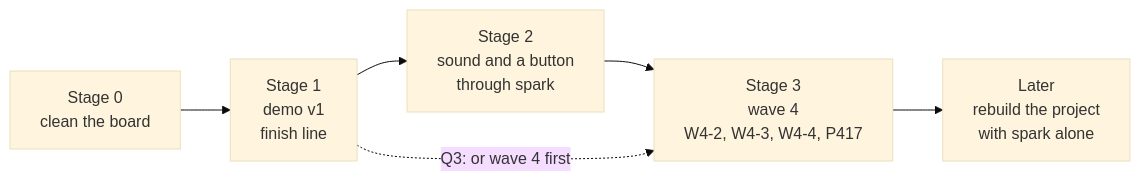
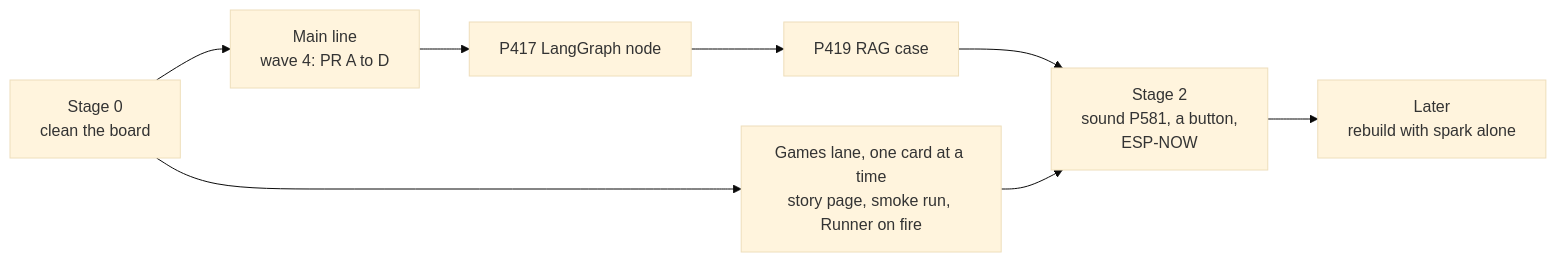
Before and after one commit to xmejkal/spark: the diagram in docs/discovery/2026-11-06-p653-showcase-order/README.md, drawn with Mermaid (base theme). The commit also changed other lines of this file and 1 other file, not shown here.

First line of the commit message:
P653: the refuter's report, and the order it proposed (spark main line, one games card beside)

````diff
--- a/docs/discovery/2026-11-06-p653-showcase-order/README.md
+++ b/docs/discovery/2026-11-06-p653-showcase-order/README.md
@@ -40,8 +56,10 @@
 ```mermaid
 flowchart LR
-  S0["Stage 0<br/>clean the board"] --> S1["Stage 1<br/>demo v1<br/>finish line"]
-  S1 --> S2["Stage 2<br/>sound and a button<br/>through spark"]
-  S2 --> S3["Stage 3<br/>wave 4<br/>W4-2, W4-3, W4-4, P417"]
-  S1 -. "Q3: or wave 4 first" .-> S3
-  S3 --> L["Later<br/>rebuild the project<br/>with spark alone"]
+  S0["Stage 0<br/>clean the board"] --> M1["Main line<br/>wave 4: PR A to D"]
+  M1 --> M2["P417 LangGraph node"]
+  M2 --> M3["P419 RAG case"]
+  S0 --> G["Games lane, one card at a time<br/>story page, smoke run, Runner on fire"]
+  M3 --> S2["Stage 2<br/>sound P581, a button,<br/>ESP-NOW"]
+  G --> S2
+  S2 --> L["Later<br/>rebuild with spark alone"]
 ```
````
